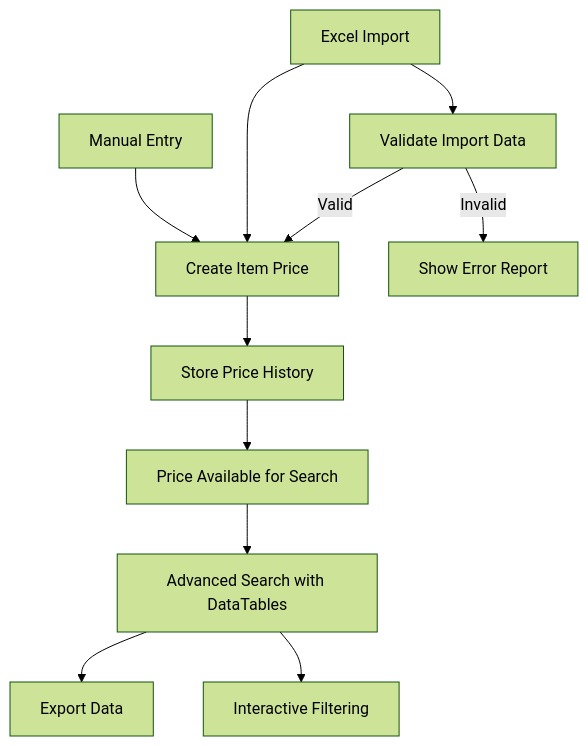
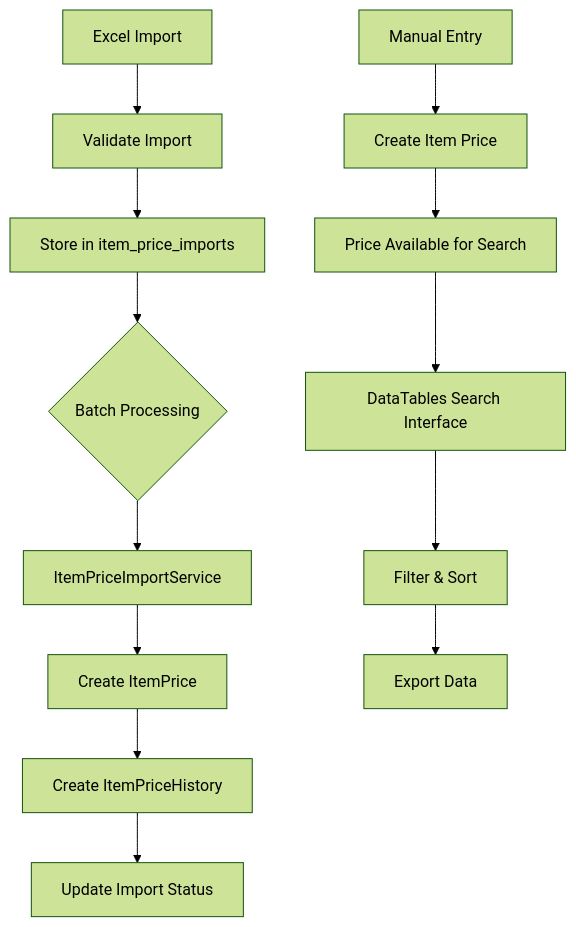
Before and after one commit to rachmanj/proc-app: the fourth of 5 diagrams in docs/architecture.md, drawn with Mermaid (forest theme). The commit also changed other lines of this file and 63 other files, not shown here.

````diff
--- a/docs/architecture.md
+++ b/docs/architecture.md
@@ -225,13 +608,15 @@
 ```mermaid
 graph TD
     A[Manual Entry] --> C[Create Item Price]
-    B[Excel Import] --> C
-    C --> D[Store Price History]
-    D --> E[Price Available for Search]
-    E --> H[Advanced Search with DataTables]
-    H --> I[Export Data]
-    H --> J[Interactive Filtering]
-    B --> F[Validate Import Data]
-    F -->|Valid| C
-    F -->|Invalid| G[Show Error Report]
+    B[Excel Import] --> D[Validate Import]
+    D --> E[Store in item_price_imports]
+    E --> F{Batch Processing}
+    F --> G[ItemPriceImportService]
+    G --> H[Create ItemPrice]
+    H --> I[Create ItemPriceHistory]
+    I --> J[Update Import Status]
+    C --> K[Price Available for Search]
+    K --> L[DataTables Search Interface]
+    L --> M[Filter & Sort]
+    M --> N[Export Data]
 ```
````
